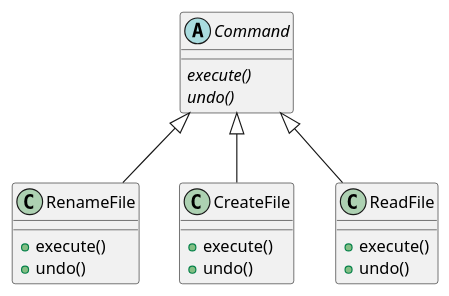
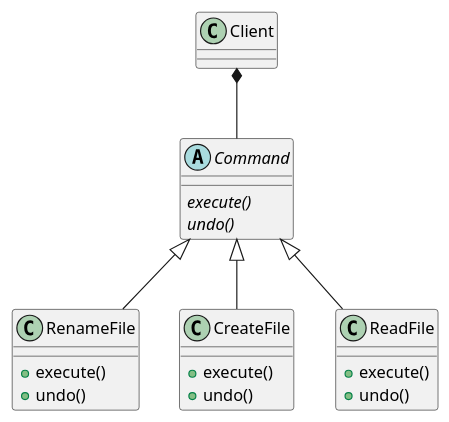
One commit to ustcxmwu/Study changed the diagram in dp/behavior/command.puml. Above: the diagram before and after it, drawn with PlantUML. The commit also changed 12 other files, not shown here.

```diff
--- a/dp/behavior/command.puml
+++ b/dp/behavior/command.puml
@@ -1,34 +1,36 @@
 @startuml
 'https://plantuml.com/class-diagram
 
 abstract class Command
 class RenameFile
 class CreateFile
 class ReadFile
 
 Command <|-- RenameFile
 Command <|-- CreateFile
 Command <|-- ReadFile
 
 abstract class Command{
     {abstract} execute()
     {abstract} undo()
 }
 
 class RenameFile {
     + execute()
     + undo()
 }
 
 class CreateFile{
     + execute()
     + undo()
 }
 
 class ReadFile{
     + execute()
     + undo()
 }
 
+class Client
+Client *-- Command
 
 @enduml
```
